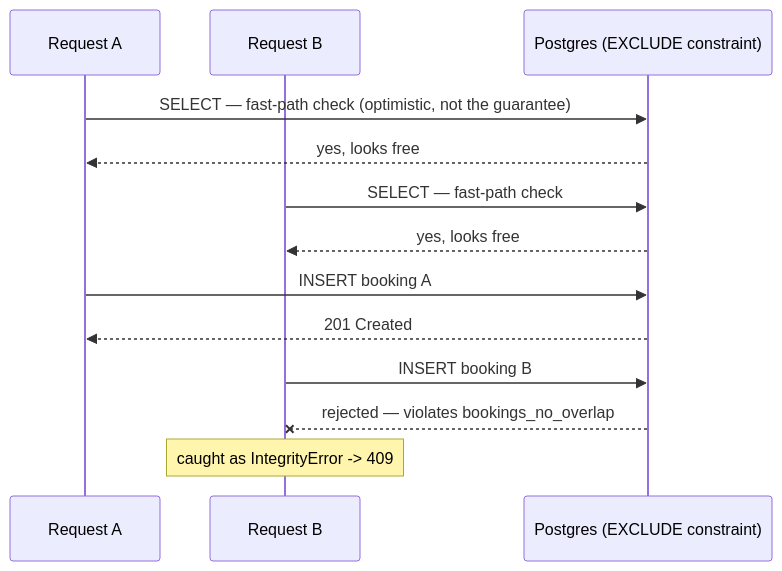
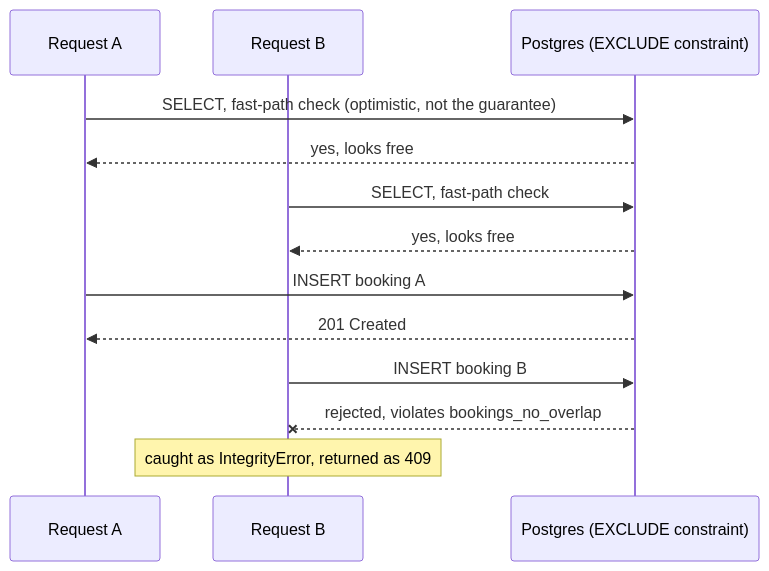
Before and after one commit to ApparentlyTejas/RoomLock: the second of 4 diagrams in README.md, drawn with Mermaid. The commit also changed other lines of this file, not shown here.

````diff
--- a/README.md
+++ b/README.md
@@ -58,16 +47,16 @@
 ```mermaid
 sequenceDiagram
     participant A as Request A
     participant B as Request B
     participant DB as Postgres (EXCLUDE constraint)
 
-    A->>DB: SELECT — fast-path check (optimistic, not the guarantee)
+    A->>DB: SELECT, fast-path check (optimistic, not the guarantee)
     DB-->>A: yes, looks free
-    B->>DB: SELECT — fast-path check
+    B->>DB: SELECT, fast-path check
     DB-->>B: yes, looks free
     A->>DB: INSERT booking A
     DB-->>A: 201 Created
     B->>DB: INSERT booking B
-    DB--xB: rejected — violates bookings_no_overlap
-    Note over B: caught as IntegrityError -> 409
+    DB--xB: rejected, violates bookings_no_overlap
+    Note over B: caught as IntegrityError, returned as 409
 ```
````
